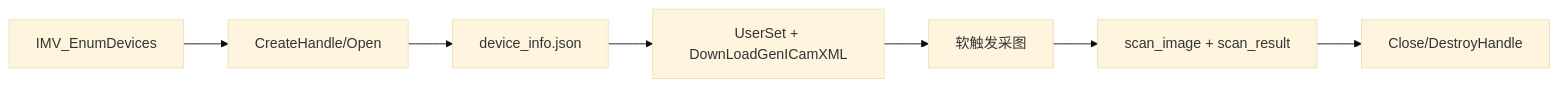
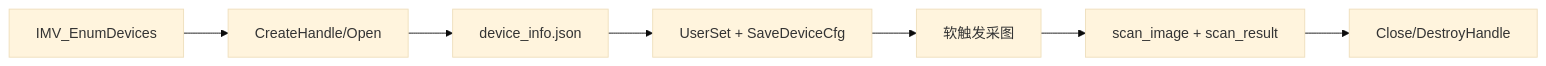
The diagram in README.md (wuguanghai45/easyid-calibration-tool), drawn with Mermaid (base theme) before and after one commit. The commit also changed other lines of this file and 2 other files, not shown here.

First line of the commit message:
Update README and refactor configuration export for device settings

````diff
--- a/README.md
+++ b/README.md
@@ -137,9 +137,9 @@
 ```mermaid
 flowchart LR
     A[IMV_EnumDevices] --> B[CreateHandle/Open]
     B --> C[device_info.json]
-    C --> D[UserSet + DownLoadGenICamXML]
+    C --> D[UserSet + SaveDeviceCfg]
     D --> E[软触发采图]
     E --> F[scan_image + scan_result]
     F --> G[Close/DestroyHandle]
 ```
````
